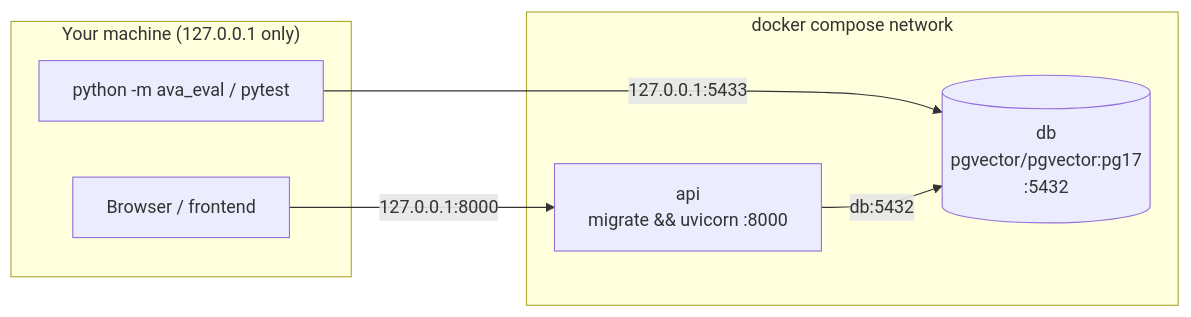
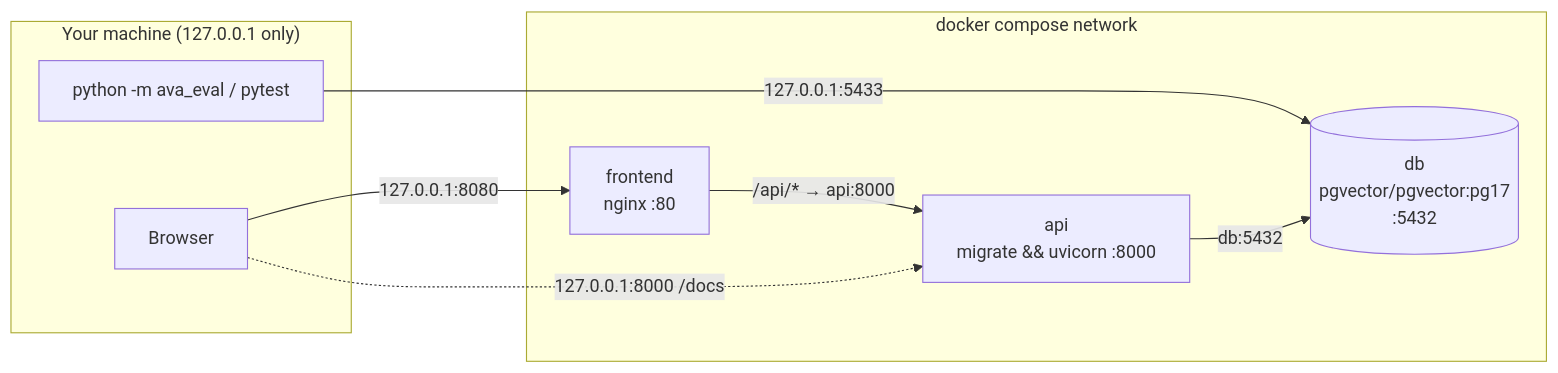
One commit to peroute/ava-evaluator changed the diagram in docs/operations.md. Above: the diagram before and after it, drawn with Mermaid. The commit also changed other lines of this file and 10 other files, not shown here.

Commit message:
Document frontend submission flow and ops updates

````diff
--- a/docs/operations.md
+++ b/docs/operations.md
@@ -52,14 +54,17 @@
 ```mermaid
 flowchart LR
     subgraph host["Your machine (127.0.0.1 only)"]
         CLI["python -m ava_eval / pytest"]
-        B["Browser / frontend"]
+        B["Browser"]
     end
     subgraph compose["docker compose network"]
+        FE["frontend<br/>nginx :80"]
         API["api<br/>migrate && uvicorn :8000"]
         DB[("db<br/>pgvector/pgvector:pg17<br/>:5432")]
     end
     CLI -->|127.0.0.1:5433| DB
-    B -->|127.0.0.1:8000| API
+    B -->|127.0.0.1:8080| FE
+    FE -->|"/api/* → api:8000"| API
+    B -.->|127.0.0.1:8000 /docs| API
     API -->|db:5432| DB
 ```
````
